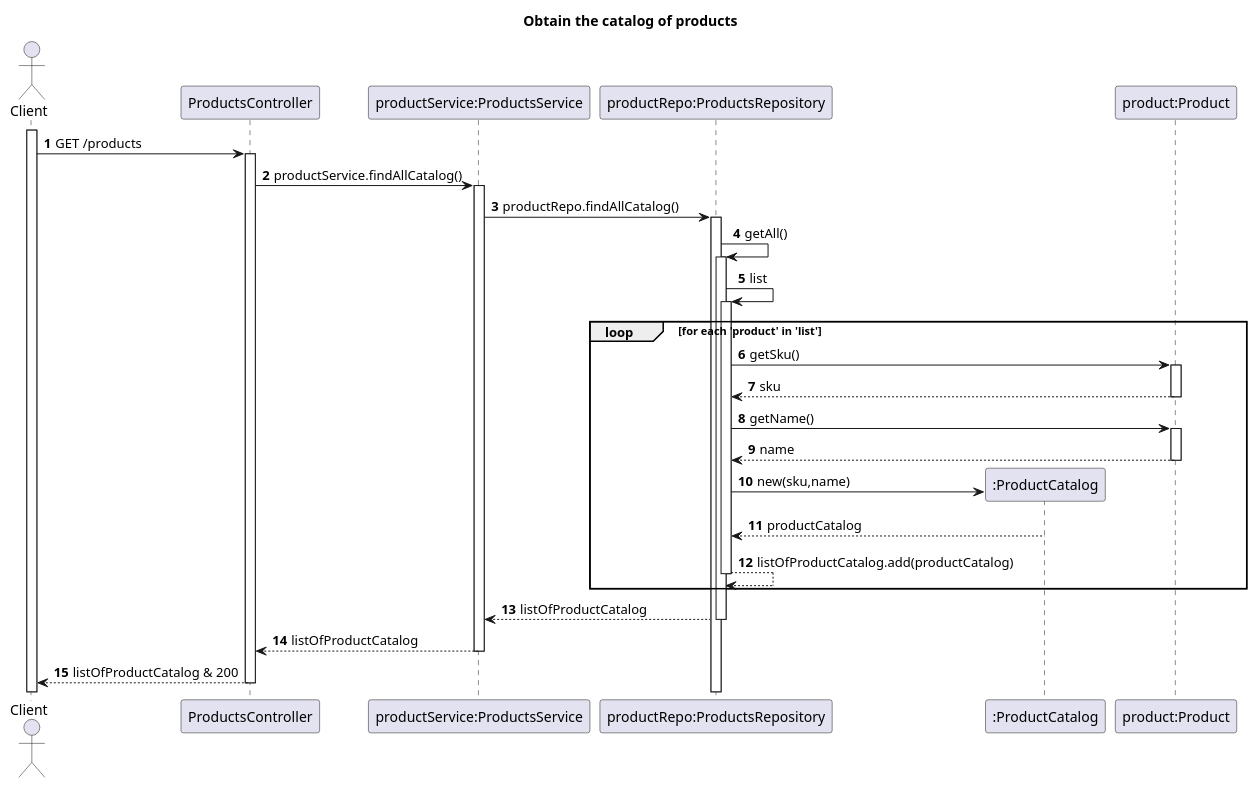
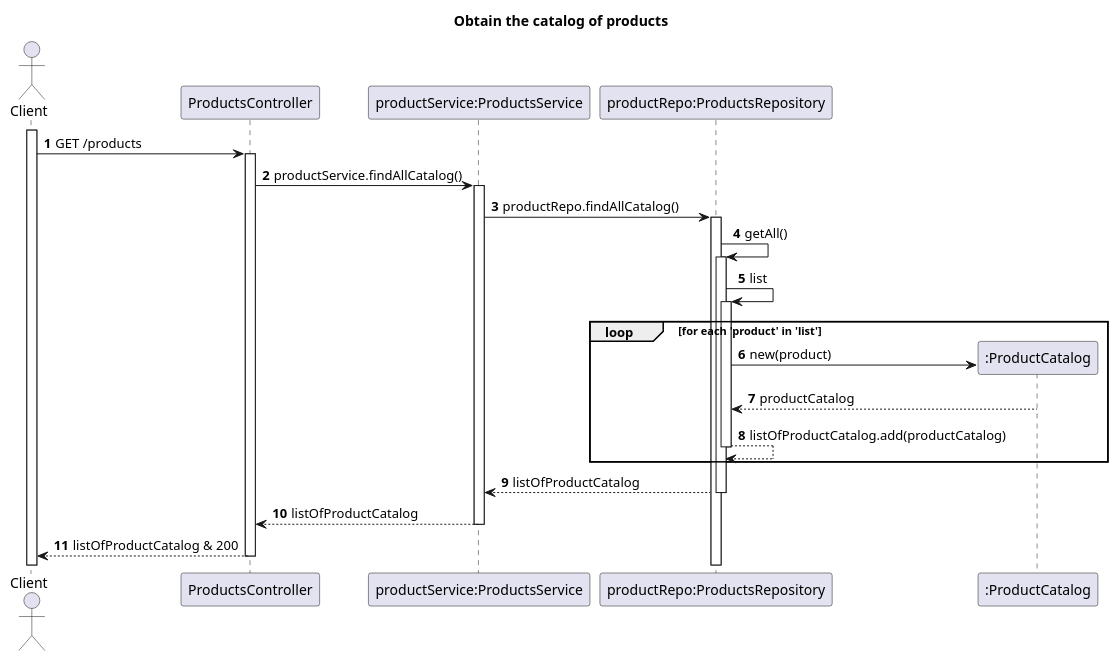
Before and after one commit to TiagoNora/SIDIS-Docs: the diagram in Docs/US01-SD.puml, drawn with PlantUML. The commit also changed 3 other files, not shown here.

```diff
--- a/Docs/US01-SD.puml
+++ b/Docs/US01-SD.puml
@@ -1,35 +1,30 @@
 @startuml
 'https://plantuml.com/sequence-diagram
 
 title Obtain the catalog of products
 autoactivate on
 autonumber
 
 actor "Client" as client
 participant "ProductsController" as controller
 participant "productService:ProductsService" as service
 participant "productRepo:ProductsRepository" as repository
 participant ":ProductCatalog" as details
-participant "product:Product" as product
 
 activate client
 
 client -> controller : GET /products
 controller -> service : productService.findAllCatalog()
 service -> repository: productRepo.findAllCatalog()
 repository -> repository: getAll()
 repository -> repository: list
 loop for each 'product' in 'list'
-    repository -> product: getSku()
-    product --> repository: sku
-    repository -> product: getName()
-    product --> repository: name
-    repository -> details**: new(sku,name)
+    repository -> details**: new(product)
     details --> repository: productCatalog
     repository --> repository: listOfProductCatalog.add(productCatalog)
 end loop
 repository --> service: listOfProductCatalog
 service --> controller: listOfProductCatalog
 controller --> client: listOfProductCatalog & 200
 
 @enduml
```
